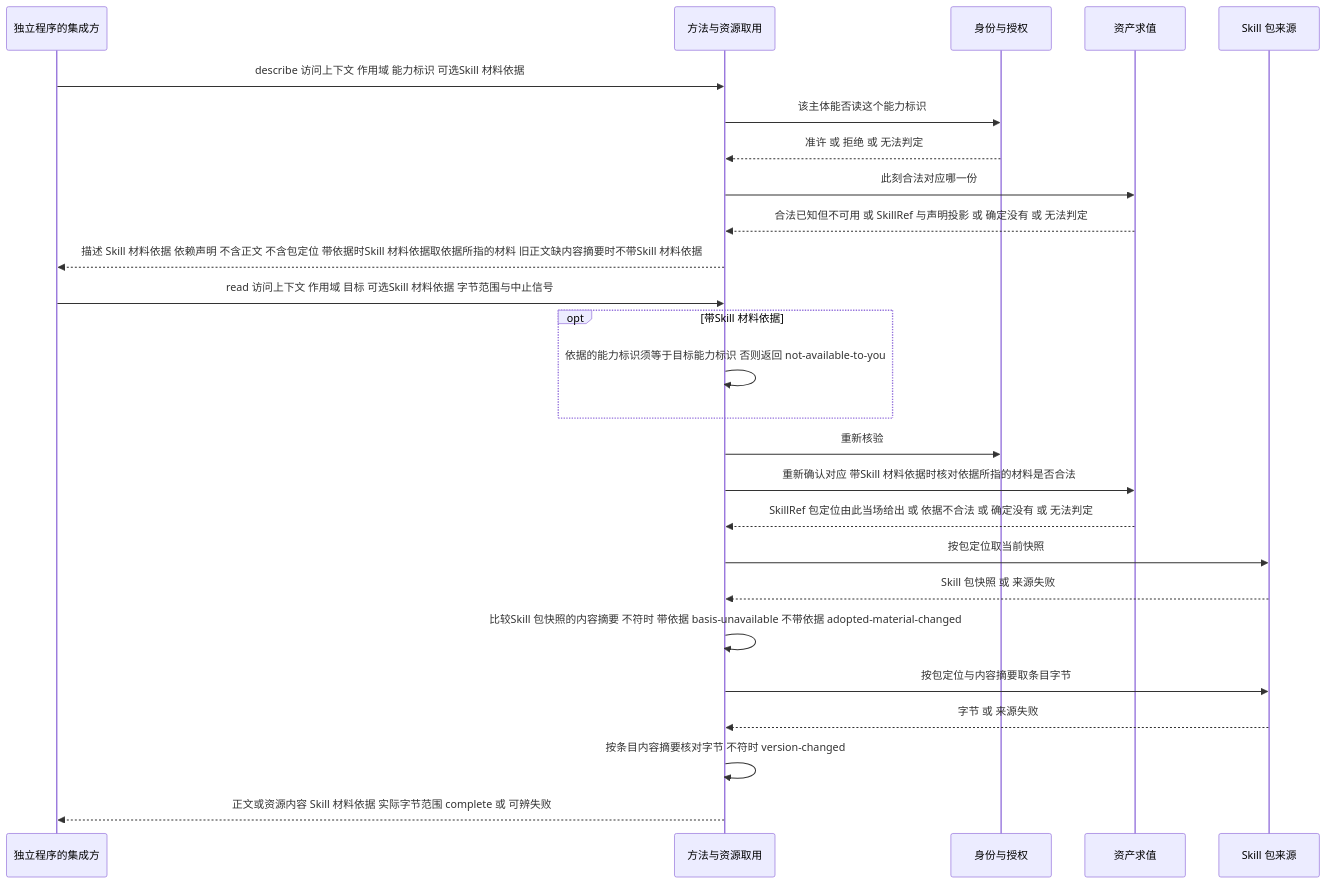
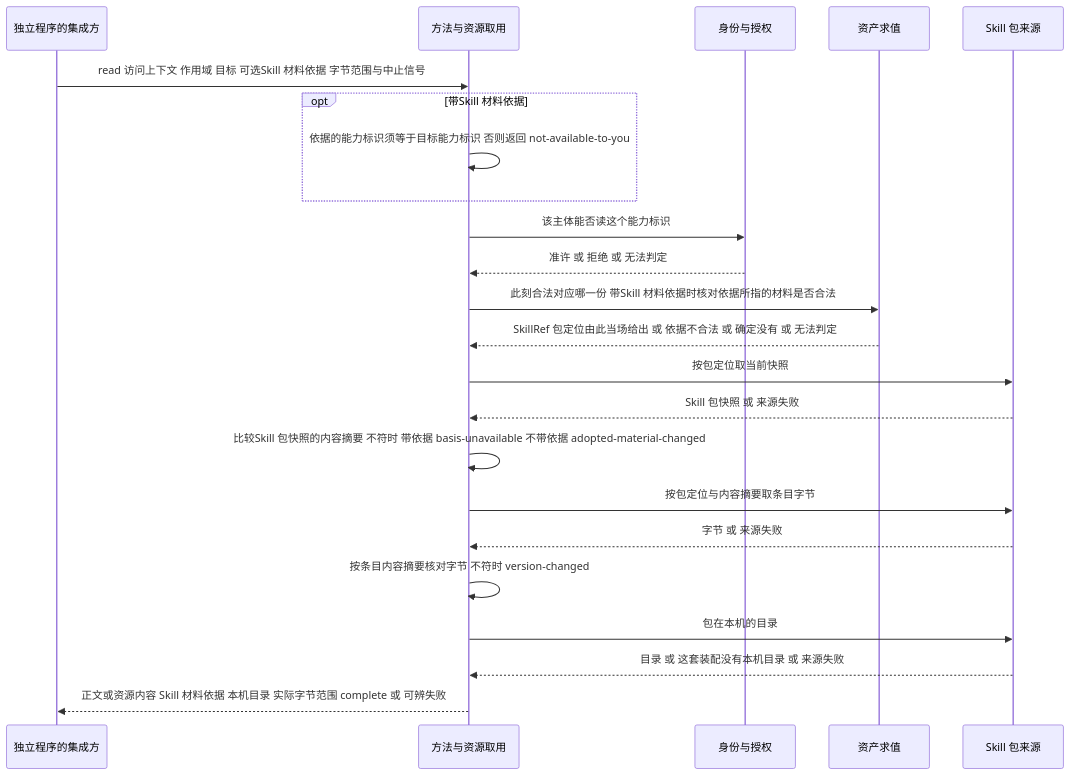
Before and after one commit to nemori-ai/omne-harness-lite: the second of 4 diagrams in docs/domains/skills/key-flows.md, drawn with Mermaid. The commit also changed other lines of this file and 20 other files, not shown here.

````diff
--- a/docs/domains/skills/key-flows.md
+++ b/docs/domains/skills/key-flows.md
@@ -47,28 +47,25 @@
 ```mermaid
 sequenceDiagram
   participant P as 独立程序的集成方
   participant A as 方法与资源取用
   participant I as 身份与授权
   participant R as 资产求值
   participant S as Skill 包来源
-  P->>A: describe 访问上下文 作用域 能力标识 可选Skill 材料依据
-  A->>I: 该主体能否读这个能力标识
-  I-->>A: 准许 或 拒绝 或 无法判定
-  A->>R: 此刻合法对应哪一份
-  R-->>A: 合法已知但不可用 或 SkillRef 与声明投影 或 确定没有 或 无法判定
-  A-->>P: 描述 Skill 材料依据 依赖声明 不含正文 不含包定位 带依据时Skill 材料依据取依据所指的材料 旧正文缺内容摘要时不带Skill 材料依据
   P->>A: read 访问上下文 作用域 目标 可选Skill 材料依据 字节范围与中止信号
   opt 带Skill 材料依据
     A->>A: 依据的能力标识须等于目标能力标识 否则返回 not-available-to-you
   end
-  A->>I: 重新核验
-  A->>R: 重新确认对应 带Skill 材料依据时核对依据所指的材料是否合法
+  A->>I: 该主体能否读这个能力标识
+  I-->>A: 准许 或 拒绝 或 无法判定
+  A->>R: 此刻合法对应哪一份 带Skill 材料依据时核对依据所指的材料是否合法
   R-->>A: SkillRef 包定位由此当场给出 或 依据不合法 或 确定没有 或 无法判定
   A->>S: 按包定位取当前快照
   S-->>A: Skill 包快照 或 来源失败
   A->>A: 比较Skill 包快照的内容摘要 不符时 带依据 basis-unavailable 不带依据 adopted-material-changed
   A->>S: 按包定位与内容摘要取条目字节
   S-->>A: 字节 或 来源失败
   A->>A: 按条目内容摘要核对字节 不符时 version-changed
-  A-->>P: 正文或资源内容 Skill 材料依据 实际字节范围 complete 或 可辨失败
+  A->>S: 包在本机的目录
+  S-->>A: 目录 或 这套装配没有本机目录 或 来源失败
+  A-->>P: 正文或资源内容 Skill 材料依据 本机目录 实际字节范围 complete 或 可辨失败
 ```
````
